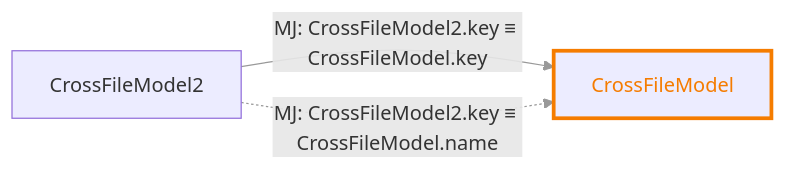
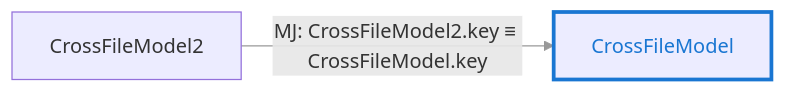
One commit to LIngcheng-zeng/classRelation changed the second of 9 diagrams in classRelationTestCode.md. Above: the diagram before and after it, drawn with Mermaid. The commit also changed other lines of this file and 1 other file, not shown here.

````diff
--- a/classRelationTestCode.md
+++ b/classRelationTestCode.md
@@ -41,9 +41,8 @@
 ```mermaid
 flowchart LR
     linkStyle default stroke:#999,stroke-width:1px
     CrossFileModel2 -->|"MJ: CrossFileModel2.key ≡ CrossFileModel.key"| CrossFileModel:::readRel
-    CrossFileModel2 -.->|"MJ: CrossFileModel2.key ≡ CrossFileModel.name"| CrossFileModel:::writeRel
     classDef readRel stroke:#1976d2,stroke-width:3px,color:#1976d2
     classDef writeRel stroke:#f57c00,stroke-width:3px,color:#f57c00
     classDef inheritRel stroke:#388e3c,stroke-width:3px,color:#388e3c
 ```
````
